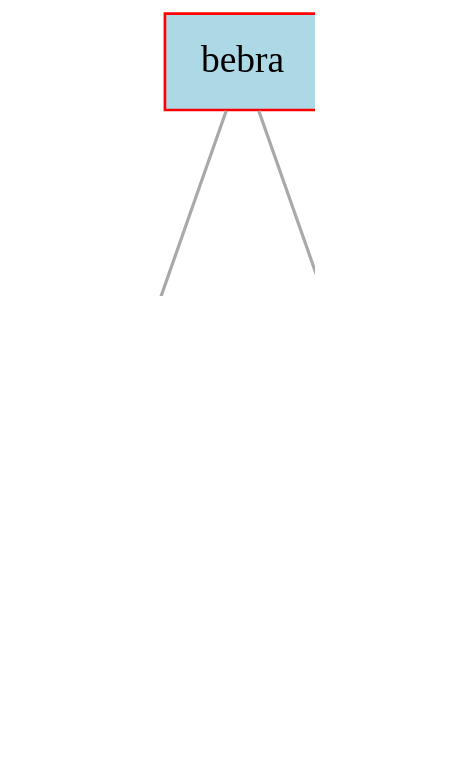
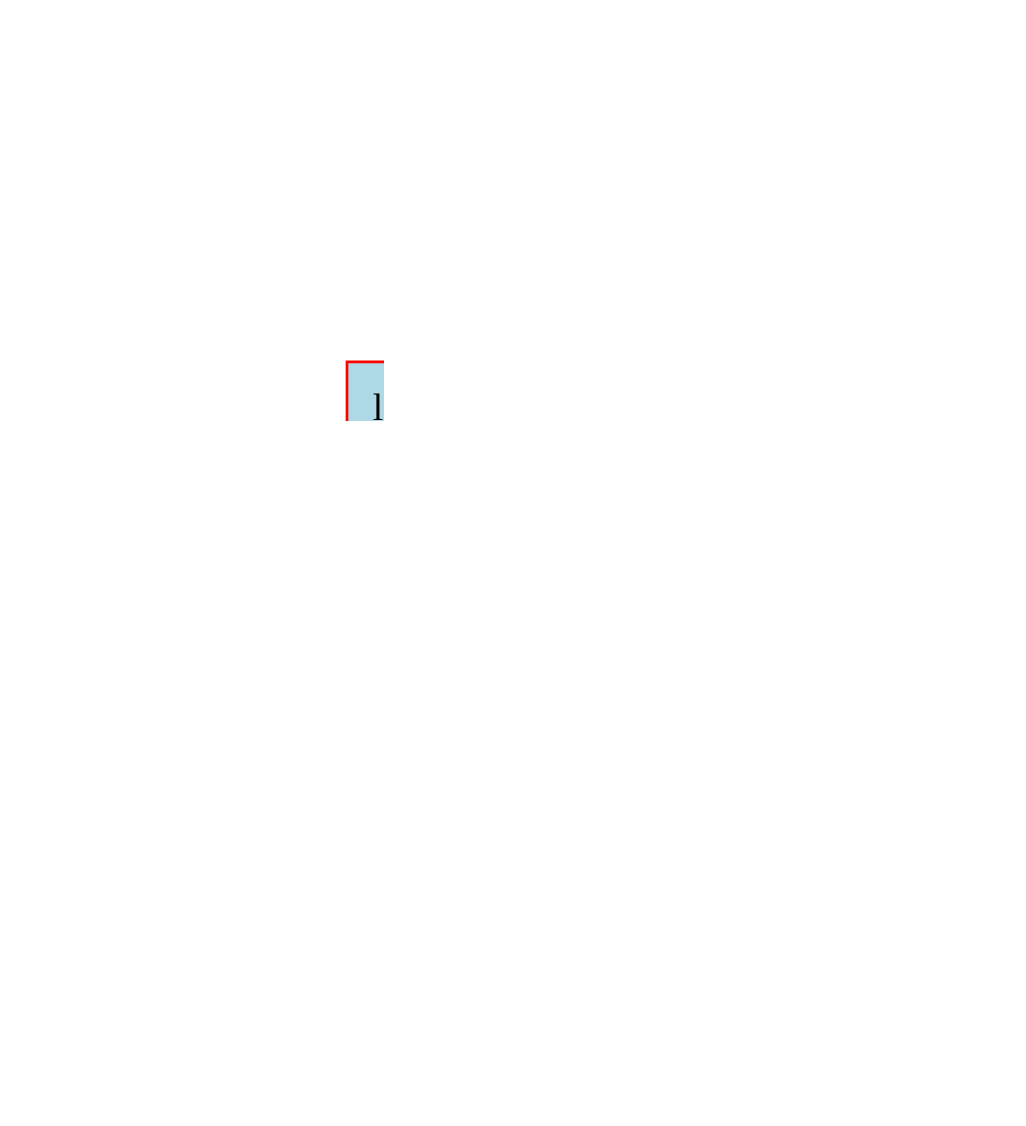
One commit to dodokek/Tree-Structure-Akinator changed the diagram in data/graph.dot. Above: the diagram before and after it, drawn with Graphviz. The commit also changed 3 other files, not shown here.

```diff
--- a/data/graph.dot
+++ b/data/graph.dot
@@ -1,25 +1,43 @@
 
     digraph g {
         dpi      = 200;
         fontname = "Comic Sans MS";
         fontsize = 20;
         rankdir   =  TB;
         edge [color = darkgrey, arrowhead = onormal, arrowsize = 1, penwidth = 1.2]
         graph[fillcolor = lightgreen, ranksep = 1.3, nodesep = 0.5,
         style = "rounded, filled",color = green, penwidth = 2]
 
-    Node00000000007624b0[shape=rectangle, color="red", width=0.2, style="filled",fillcolor="lightblue", label="bebra"] 
+    Node0000000000e324b0[shape=rectangle, color="red", width=0.2, style="filled",fillcolor="lightblue", label="bebra"] 
  
-Node0000000000762510[shape=rectangle, color="red", width=0.2, style="filled",fillcolor="lightblue", label="amongus"] 
+Node0000000000e32510[shape=rectangle, color="red", width=0.2, style="filled",fillcolor="lightblue", label="lol"] 
  
-Node0000000000762570[shape=rectangle, color="red", width=0.2, style="filled",fillcolor="lightblue", label="8"] 
+Node0000000000e32570[shape=rectangle, color="red", width=0.2, style="filled",fillcolor="lightblue", label="kek"] 
  
-Node00000000007625d0[shape=rectangle, color="red", width=0.2, style="filled",fillcolor="lightblue", label="6"] 
+Node0000000000e37b00[shape=rectangle, color="red", width=0.2, style="filled",fillcolor="lightblue", label="Snusich"] 
  
-Node0000000000762630[shape=rectangle, color="red", width=0.2, style="filled",fillcolor="lightblue", label="10"] 
+Node0000000000e378c0[shape=rectangle, color="red", width=0.2, style="filled",fillcolor="lightblue", label="Krestena"] 
  
-Node00000000007624b0->Node0000000000762510
-Node00000000007624b0->Node0000000000762570
-Node0000000000762570->Node00000000007625d0
-Node0000000000762570->Node0000000000762630
+Node0000000000e325d0[shape=rectangle, color="red", width=0.2, style="filled",fillcolor="lightblue", label="amongus"] 
+ 
+Node0000000000e32630[shape=rectangle, color="red", width=0.2, style="filled",fillcolor="lightblue", label="8"] 
+ 
+Node0000000000e32690[shape=rectangle, color="red", width=0.2, style="filled",fillcolor="lightblue", label="6"] 
+ 
+Node0000000000e37810[shape=rectangle, color="red", width=0.2, style="filled",fillcolor="lightblue", label="Vitalik"] 
+ 
+Node0000000000e37a10[shape=rectangle, color="red", width=0.2, style="filled",fillcolor="lightblue", label="Cum"] 
+ 
+Node0000000000e37c20[shape=rectangle, color="red", width=0.2, style="filled",fillcolor="lightblue", label="10"] 
+ 
+Node0000000000e324b0->Node0000000000e32510
+Node0000000000e32510->Node0000000000e32570
+Node0000000000e32510->Node0000000000e37b00
+Node0000000000e37b00->Node0000000000e378c0
+Node0000000000e37b00->Node0000000000e325d0
+Node0000000000e324b0->Node0000000000e32630
+Node0000000000e32630->Node0000000000e32690
+Node0000000000e32630->Node0000000000e37810
+Node0000000000e37810->Node0000000000e37a10
+Node0000000000e37810->Node0000000000e37c20
 }
```
